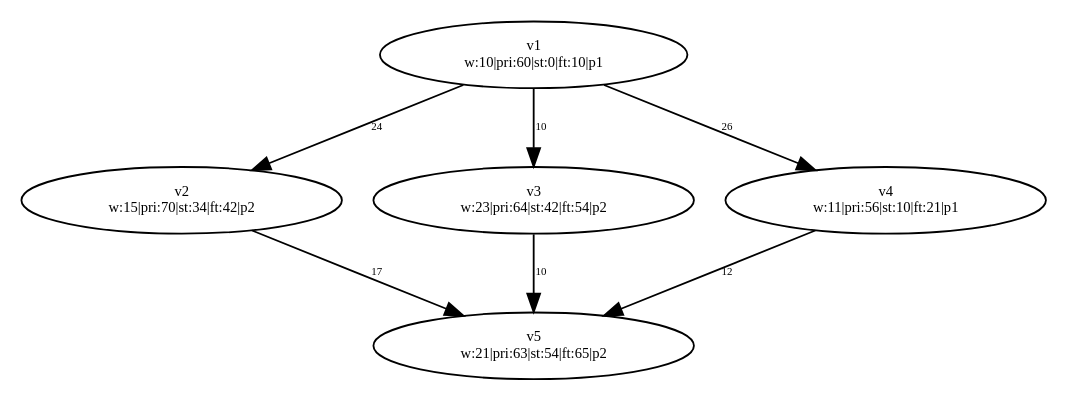
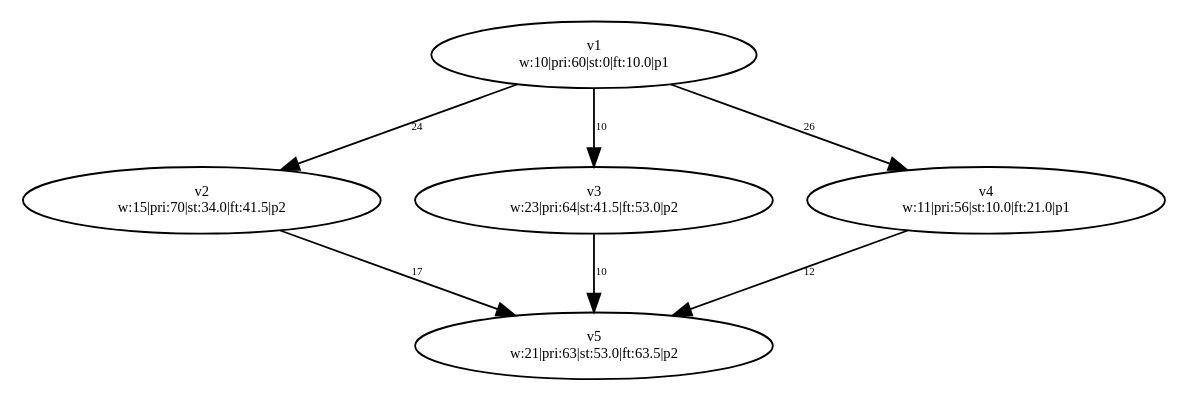
Before and after one commit to dexters1/Task-Scheduling-Based-on-Genetic-Algorithms: the diagram in PythonApplication1/PythonApplication1/test-output/slika_4.gv, drawn with Graphviz. The commit also changed 112 other files, not shown here.

```diff
--- a/PythonApplication1/PythonApplication1/test-output/slika_4.gv
+++ b/PythonApplication1/PythonApplication1/test-output/slika_4.gv
@@ -1,18 +1,18 @@
 digraph {
 	v1 [label="v1
-w:10|pri:60|st:0|ft:10|p1" fontsize=8.0]
+w:10|pri:60|st:0|ft:10.0|p1" fontsize=8.0]
 	v2 [label="v2
-w:15|pri:70|st:34|ft:42|p2" fontsize=8.0]
+w:15|pri:70|st:34.0|ft:41.5|p2" fontsize=8.0]
 	v3 [label="v3
-w:23|pri:64|st:42|ft:54|p2" fontsize=8.0]
+w:23|pri:64|st:41.5|ft:53.0|p2" fontsize=8.0]
 	v4 [label="v4
-w:11|pri:56|st:10|ft:21|p1" fontsize=8.0]
+w:11|pri:56|st:10.0|ft:21.0|p1" fontsize=8.0]
 	v5 [label="v5
-w:21|pri:63|st:54|ft:65|p2" fontsize=8.0]
+w:21|pri:63|st:53.0|ft:63.5|p2" fontsize=8.0]
 	v1 -> v2 [label=24 constraint=true fontsize=6.0]
 	v1 -> v3 [label=10 constraint=true fontsize=6.0]
 	v1 -> v4 [label=26 constraint=true fontsize=6.0]
 	v2 -> v5 [label=17 constraint=true fontsize=6.0]
 	v3 -> v5 [label=10 constraint=true fontsize=6.0]
 	v4 -> v5 [label=12 constraint=true fontsize=6.0]
 }
```
